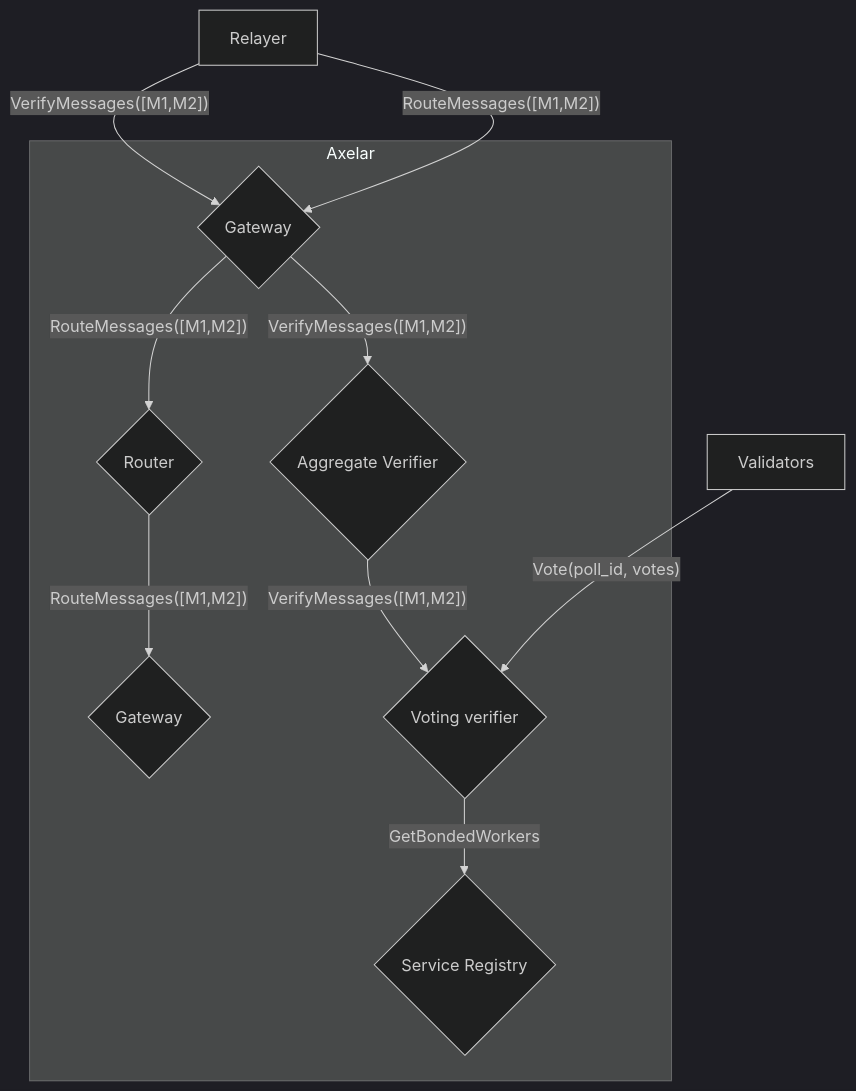
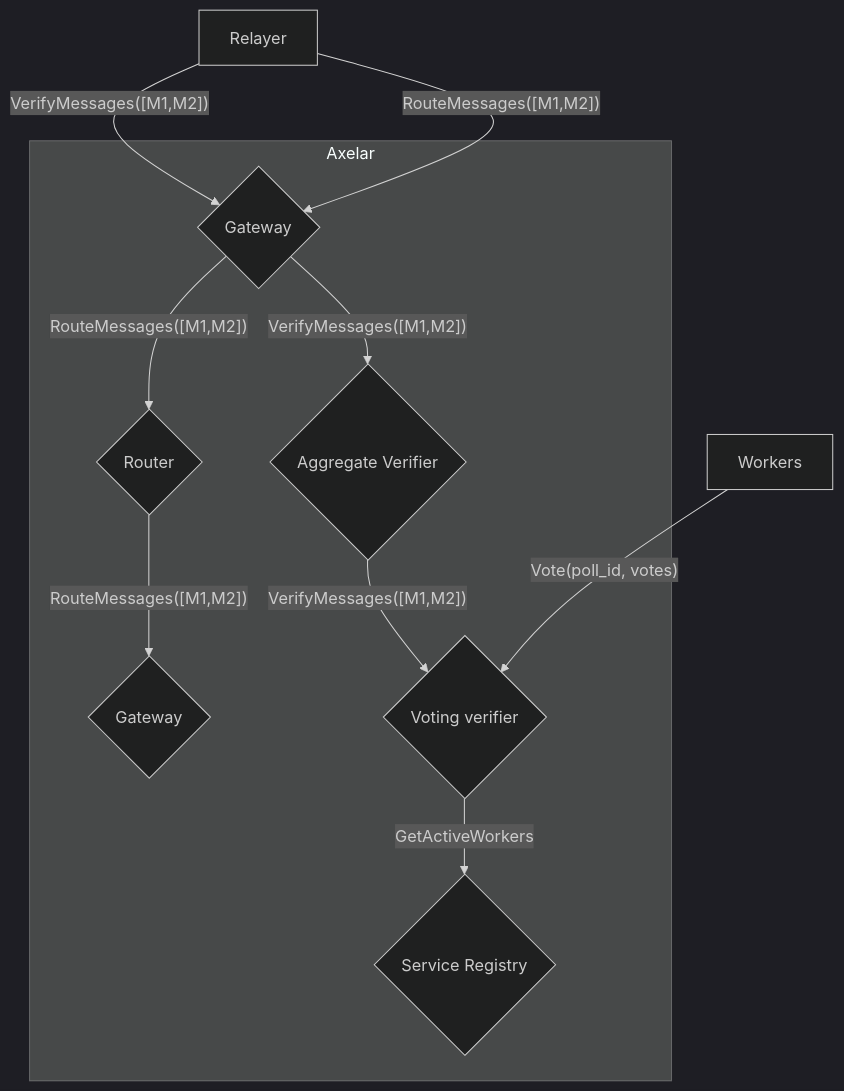
One commit to kadev2176/axelar-amplifier changed the first of 4 diagrams in README.md. Above: the diagram before and after it, drawn with Mermaid (dark theme). The commit also changed other lines of this file, not shown here.

````diff
--- a/README.md
+++ b/README.md
@@ -15,21 +15,21 @@
 ```mermaid
 flowchart TD
 subgraph Axelar
 	G1{"Gateway"}
     G2{"Gateway"}
 	Vr{"Aggregate Verifier"}
 	Vo{"Voting verifier"}
 	R{"Router"}
     S{"Service Registry"}
 end
 
 Relayer --"VerifyMessages([M1,M2])"-->G1
 G1 --"VerifyMessages([M1,M2])"--> Vr
 Vr --"VerifyMessages([M1,M2])"--> Vo
-Vo --"GetBondedWorkers"--> S
-Validators --"Vote(poll_id, votes)"--> Vo
+Vo --"GetActiveWorkers"--> S
+Workers --"Vote(poll_id, votes)"--> Vo
 
 Relayer --"RouteMessages([M1,M2])"-->G1
 G1 --"RouteMessages([M1,M2])"-->R
 R --"RouteMessages([M1,M2])"-->G2
 ```
````
